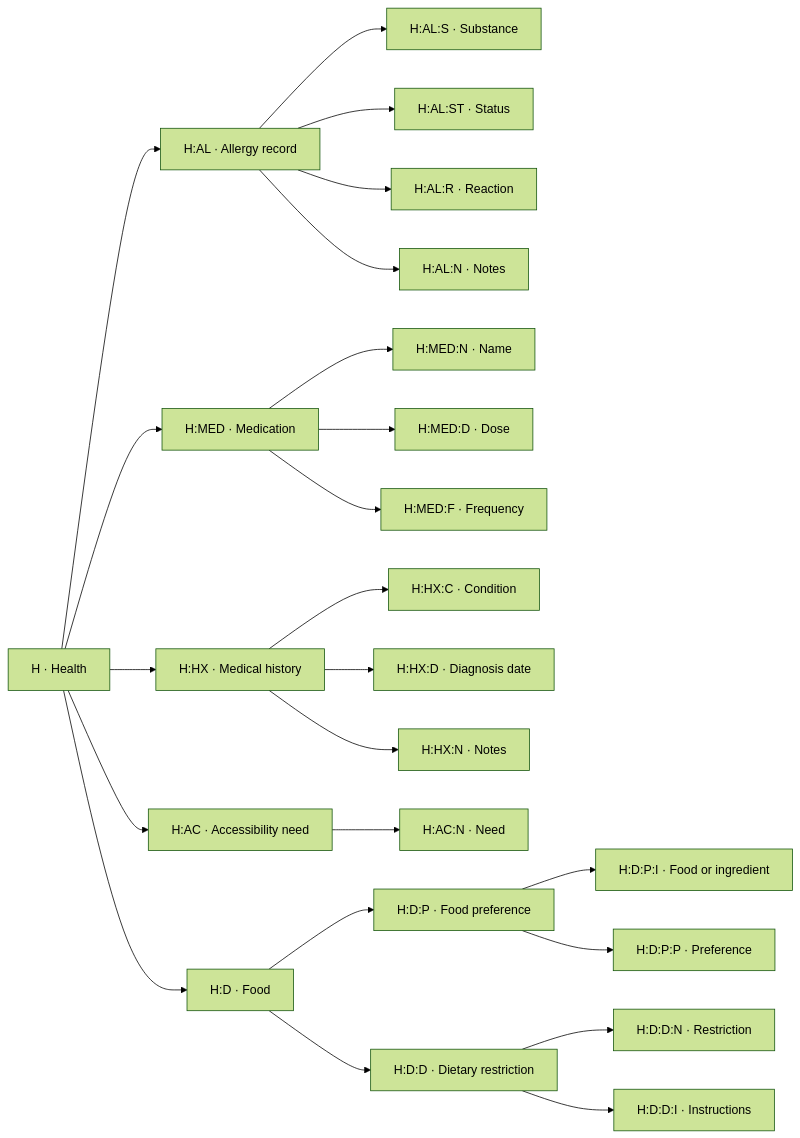
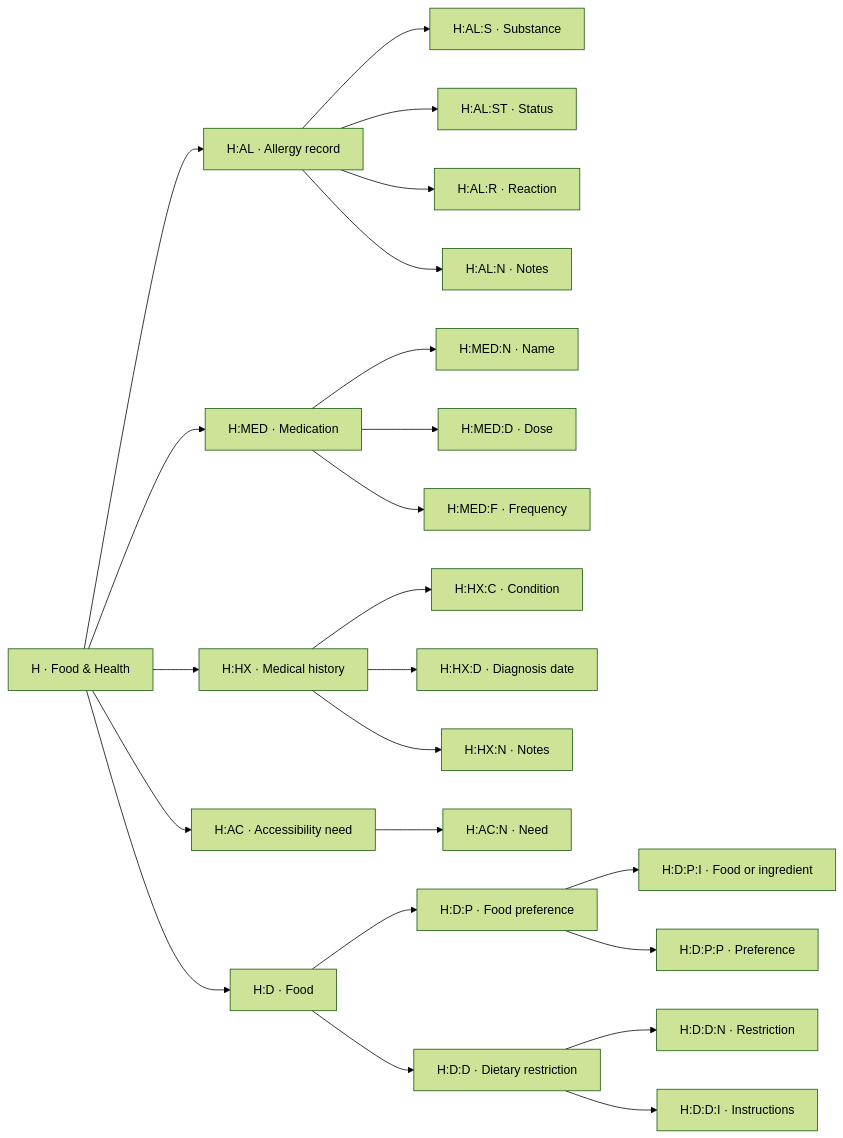
Before and after one commit to VowLabs/Ontology: the third of 7 diagrams in docs/taxonomy.md, drawn with Mermaid (forest theme). The commit also changed other lines of this file and 318 other files, not shown here.

````diff
--- a/docs/taxonomy.md
+++ b/docs/taxonomy.md
@@ -576,48 +254,48 @@
 ```mermaid
 flowchart LR
-    n_H["H · Health"]
+    n_H["H · Food &amp; Health"]
     n_H_AL["H:AL · Allergy record"]
     n_H_AL_S["H:AL:S · Substance"]
     n_H_AL_ST["H:AL:ST · Status"]
     n_H_AL_R["H:AL:R · Reaction"]
     n_H_AL_N["H:AL:N · Notes"]
     n_H_MED["H:MED · Medication"]
     n_H_MED_N["H:MED:N · Name"]
     n_H_MED_D["H:MED:D · Dose"]
     n_H_MED_F["H:MED:F · Frequency"]
     n_H_HX["H:HX · Medical history"]
     n_H_HX_C["H:HX:C · Condition"]
     n_H_HX_D["H:HX:D · Diagnosis date"]
     n_H_HX_N["H:HX:N · Notes"]
     n_H_AC["H:AC · Accessibility need"]
     n_H_AC_N["H:AC:N · Need"]
     n_H_D["H:D · Food"]
     n_H_D_P["H:D:P · Food preference"]
     n_H_D_P_I["H:D:P:I · Food or ingredient"]
     n_H_D_P_P["H:D:P:P · Preference"]
     n_H_D_D["H:D:D · Dietary restriction"]
     n_H_D_D_N["H:D:D:N · Restriction"]
     n_H_D_D_I["H:D:D:I · Instructions"]
     n_H --> n_H_AL
+    n_H --> n_H_MED
+    n_H --> n_H_HX
+    n_H --> n_H_AC
+    n_H --> n_H_D
     n_H_AL --> n_H_AL_S
     n_H_AL --> n_H_AL_ST
     n_H_AL --> n_H_AL_R
     n_H_AL --> n_H_AL_N
-    n_H --> n_H_MED
     n_H_MED --> n_H_MED_N
     n_H_MED --> n_H_MED_D
     n_H_MED --> n_H_MED_F
-    n_H --> n_H_HX
     n_H_HX --> n_H_HX_C
     n_H_HX --> n_H_HX_D
     n_H_HX --> n_H_HX_N
-    n_H --> n_H_AC
     n_H_AC --> n_H_AC_N
-    n_H --> n_H_D
     n_H_D --> n_H_D_P
+    n_H_D --> n_H_D_D
     n_H_D_P --> n_H_D_P_I
     n_H_D_P --> n_H_D_P_P
-    n_H_D --> n_H_D_D
     n_H_D_D --> n_H_D_D_N
     n_H_D_D --> n_H_D_D_I
 ```
````
